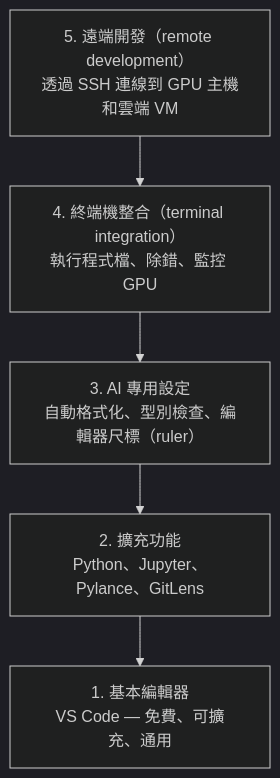
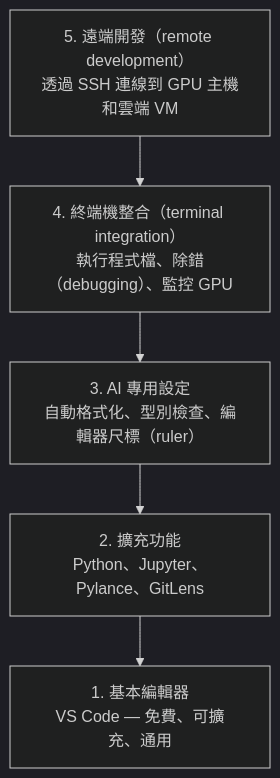
One commit to edward821220/ai-engineering-from-scratch changed the diagram in i18n/zh-TW/phases/00-setup-and-tooling/08-editor-setup/docs/zh-TW.md. Above: the diagram before and after it, drawn with Mermaid (dark theme). The commit also changed other lines of this file and 87 other files, not shown here.

````diff
--- a/i18n/zh-TW/phases/00-setup-and-tooling/08-editor-setup/docs/zh-TW.md
+++ b/i18n/zh-TW/phases/00-setup-and-tooling/08-editor-setup/docs/zh-TW.md
@@ -27,8 +27,8 @@
 ```mermaid
 graph TD
     L5["5. 遠端開發（remote development）<br/>透過 SSH 連線到 GPU 主機和雲端 VM"] --> L4
-    L4["4. 終端機整合（terminal integration）<br/>執行程式檔、除錯、監控 GPU"] --> L3
+    L4["4. 終端機整合（terminal integration）<br/>執行程式檔、除錯（debugging）、監控 GPU"] --> L3
     L3["3. AI 專用設定<br/>自動格式化、型別檢查、編輯器尺標（ruler）"] --> L2
     L2["2. 擴充功能<br/>Python、Jupyter、Pylance、GitLens"] --> L1
     L1["1. 基本編輯器<br/>VS Code — 免費、可擴充、通用"]
 ```
````
